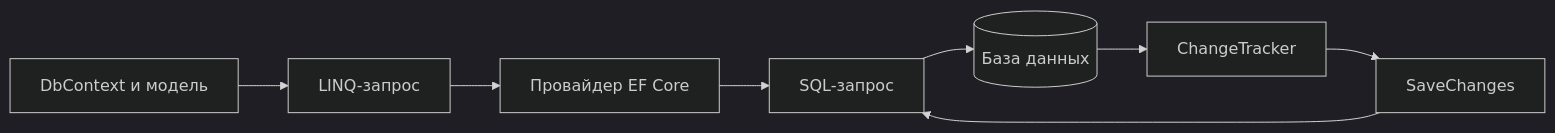
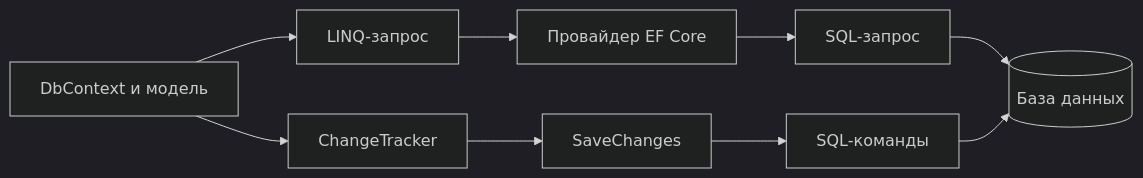
One commit to artemovsergey/mdk0104_IB changed the diagram in course/Раздел 4. Работа с базами данных. Entity Framework Core/Лекция 5. Entity Framework Core. ORM для C#.md. Above: the diagram before and after it, drawn with Mermaid (dark theme). The commit also changed other lines of this file, not shown here.

````diff
--- a/course/Раздел 4. Работа с базами данных. Entity Framework Core/Лекция 5. Entity Framework Core. ORM для C#.md
+++ b/course/Раздел 4. Работа с базами данных. Entity Framework Core/Лекция 5. Entity Framework Core. ORM для C#.md
@@ -33,10 +73,11 @@
 ```mermaid
 flowchart LR
     Context["DbContext и модель"] --> LINQ["LINQ-запрос"]
     LINQ --> Provider["Провайдер EF Core"]
     Provider --> SQL["SQL-запрос"]
     SQL --> DB[("База данных")]
-    DB --> Track["ChangeTracker"]
+    Context --> Track["ChangeTracker"]
     Track --> Save["SaveChanges"]
-    Save --> SQL
+    Save --> SQL2["SQL-команды"]
+    SQL2 --> DB
 ```
````
